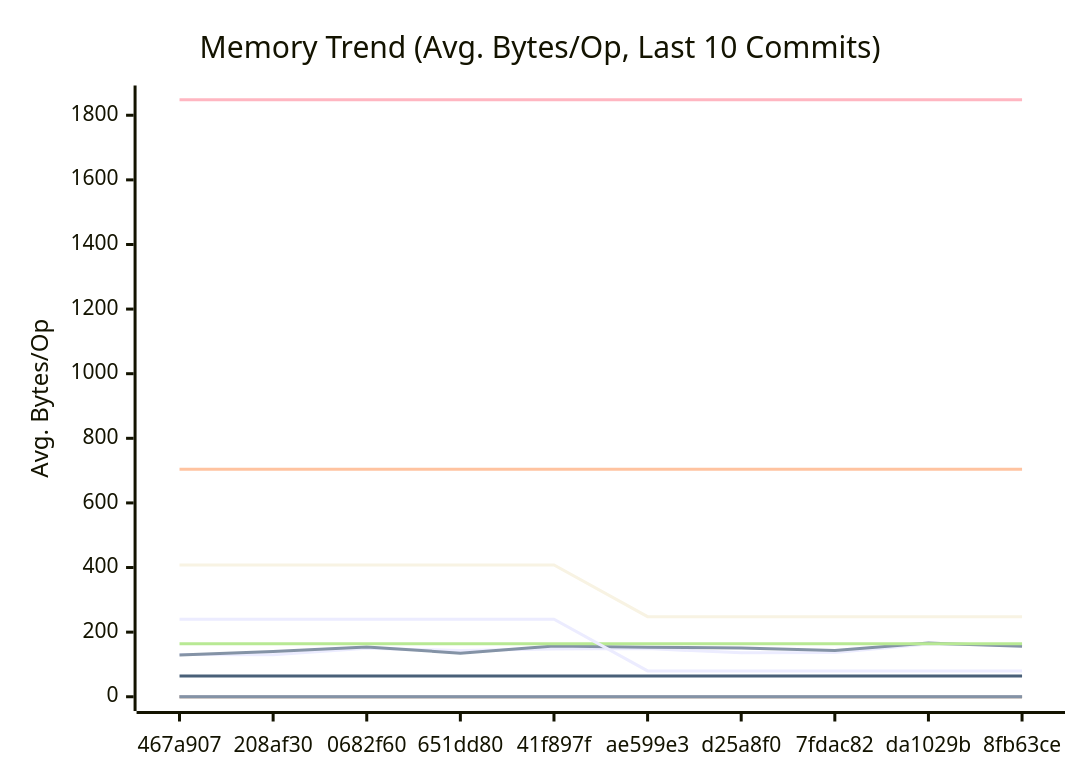
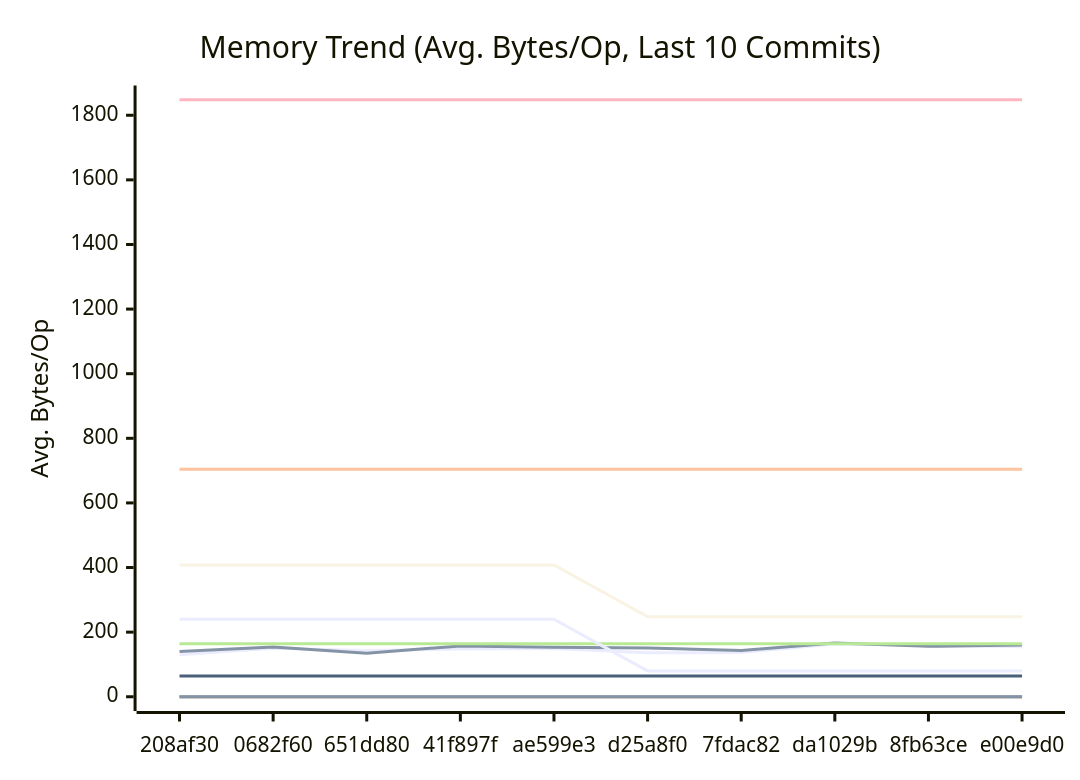
The second of 3 diagrams in docs/PERFORMANCE.md (alsotoes/momo), drawn with Mermaid before and after one commit. The commit also changed other lines of this file and 2 other files, not shown here.

````diff
--- a/docs/PERFORMANCE.md
+++ b/docs/PERFORMANCE.md
@@ -171,20 +171,20 @@
 ```mermaid
 xychart-beta
     title "Memory Trend (Avg. Bytes/Op, Last 10 Commits)"
     x-axis "Commit"
     y-axis "Avg. Bytes/Op"
-    x-axis [467a907,208af30,0682f60,651dd80,41f897f,ae599e3,d25a8f0,7fdac82,da1029b,8fb63ce]
-    line "AWSChunkedReaderSigned" [131,130,150,143,148,149,136,137,163,160]
-    line "AWSChunkedReaderUnsigned" [129,140,154,135,157,153,151,143,166,156]
+    x-axis [208af30,0682f60,651dd80,41f897f,ae599e3,d25a8f0,7fdac82,da1029b,8fb63ce,e00e9d0]
+    line "AWSChunkedReaderSigned" [130,150,143,148,149,136,137,163,160,155]
+    line "AWSChunkedReaderUnsigned" [140,154,135,157,153,151,143,166,156,160]
     line "CheckMetricsAndSwap" [0,0,0,0,0,0,0,0,0,0]
     line "CrushOptimized" [0,0,0,0,0,0,0,0,0,0]
     line "CrushOriginal" [164,164,164,164,164,164,164,164,164,164]
     line "IndexDirectTracking" [0,0,0,0,0,0,0,0,0,0]
     line "IndexSearch" [0,0,0,0,0,0,0,0,0,0]
     line "LoadGlobalConfig" [1848,1848,1848,1848,1848,1848,1848,1848,1848,1848]
     line "PadString" [64,64,64,64,64,64,64,64,64,64]
     line "ParseReplicationOrder_NoPrealloc" [408,408,408,408,408,248,248,248,248,248]
     line "ParseReplicationOrder_Prealloc" [240,240,240,240,240,80,80,80,80,80]
     line "SanitizeLog/Safe" [0,0,0,0,0,0,0,0,0,0]
     line "SanitizeLog/Unsafe" [704,704,704,704,704,704,704,704,704,704]
 ```
````
